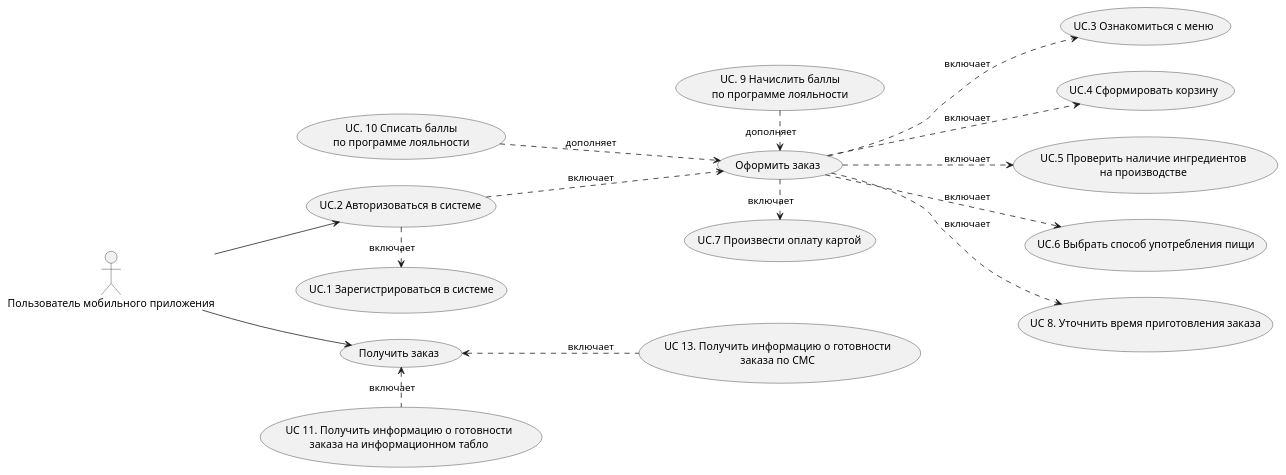
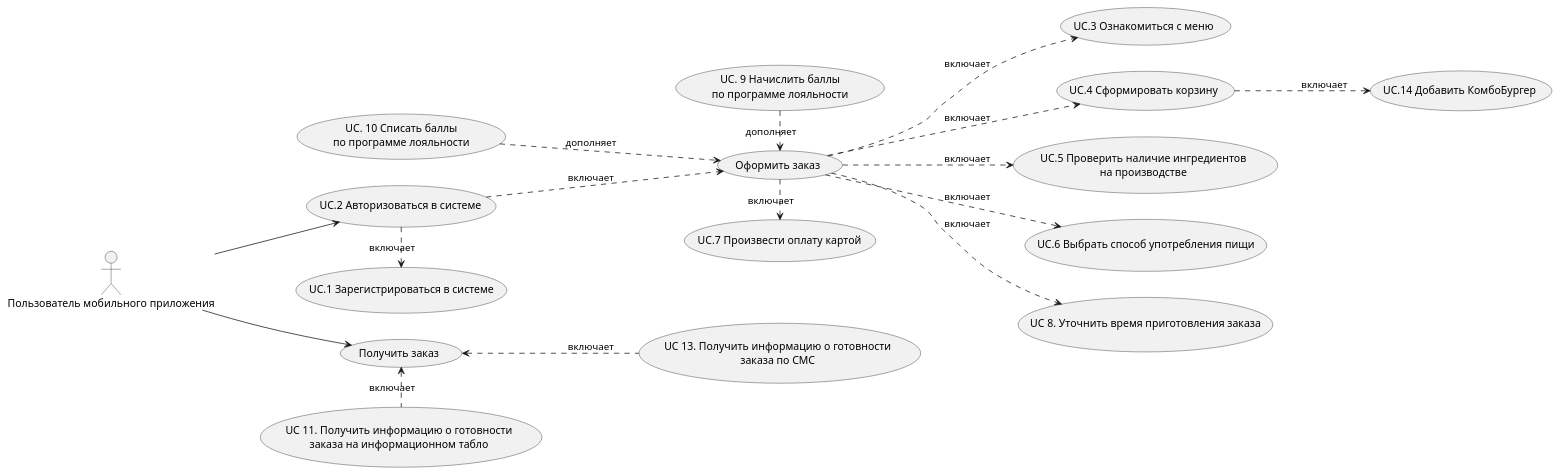
The first of 4 diagrams in 5_UML/UseCase.wsd (Mimitrii/RoboPoint), drawn with PlantUML before and after one commit. The commit also changed 23 other files, not shown here.

```diff
--- a/5_UML/UseCase.wsd
+++ b/5_UML/UseCase.wsd
@@ -2,38 +2,40 @@
 @startuml 04_USCASE
 left to right direction
 actor "Пользователь мобильного приложения" as User
 
 usecase UC0 as "Оформить заказ"
 usecase UC1 as "UC.1 Зарегистрироваться в системе"
 usecase UC2 as "UC.2 Авторизоваться в системе"
 usecase UC3 as "UC.3 Ознакомиться с меню"
 usecase UC4 as "UC.4 Сформировать корзину"
+usecase UC4a as "UC.14 Добавить КомбоБургер"
 usecase UC5 as "UC.5 Проверить наличие ингредиентов 
 на производстве"
 usecase UC6 as "UC.6 Выбрать способ употребления пищи"
 usecase UC7 as "UC.7 Произвести оплату картой"
 usecase UC8 as "UC 8. Уточнить время приготовления заказа"
 usecase UC9 as "UC. 9 Начислить баллы
 по программе лояльности"
 usecase UC10 as "UC. 10 Списать баллы 
 по программе лояльности"
 usecase UC11 as "UC 11. Получить информацию о готовности 
 заказа на информационном табло"
 usecase UC13 as "UC 13. Получить информацию о готовности 
 заказа по СМС"
 usecase UC14 as "Получить заказ"
   User--> UC2
   UC2.> UC1 : включает
   UC2 .-> UC0  : включает
   User --> UC14
   UC14 <.  UC11: включает
   UC14 <..  UC13: включает
   UC9 .> UC0 : дополняет
   UC10 ..> UC0 : дополняет
   UC0 ..>  UC3: включает
   UC0 ..>  UC4: включает
+  UC4 ..>  UC4a: включает
   UC0 ..>  UC5: включает
   UC0 ..>  UC6: включает
   UC0 ..>  UC8: включает
   UC0 .>  UC7: включает
 @enduml
```
